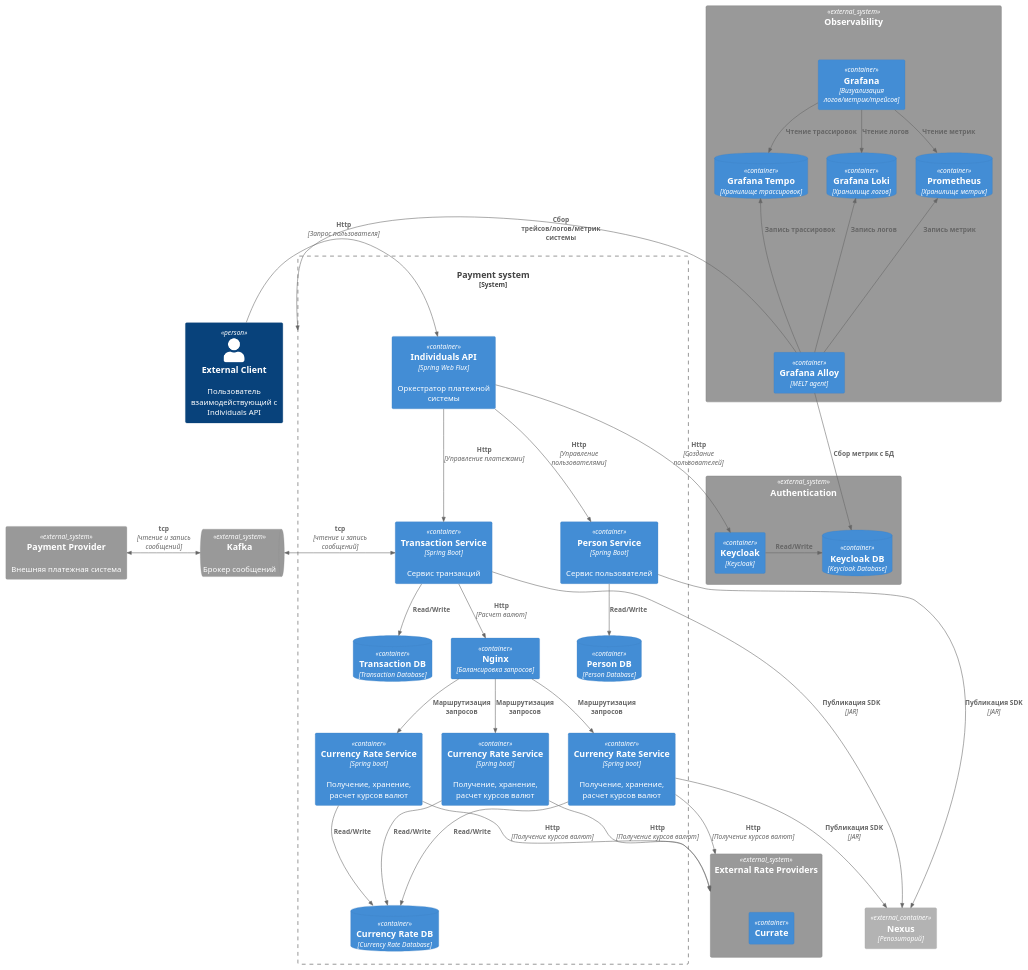
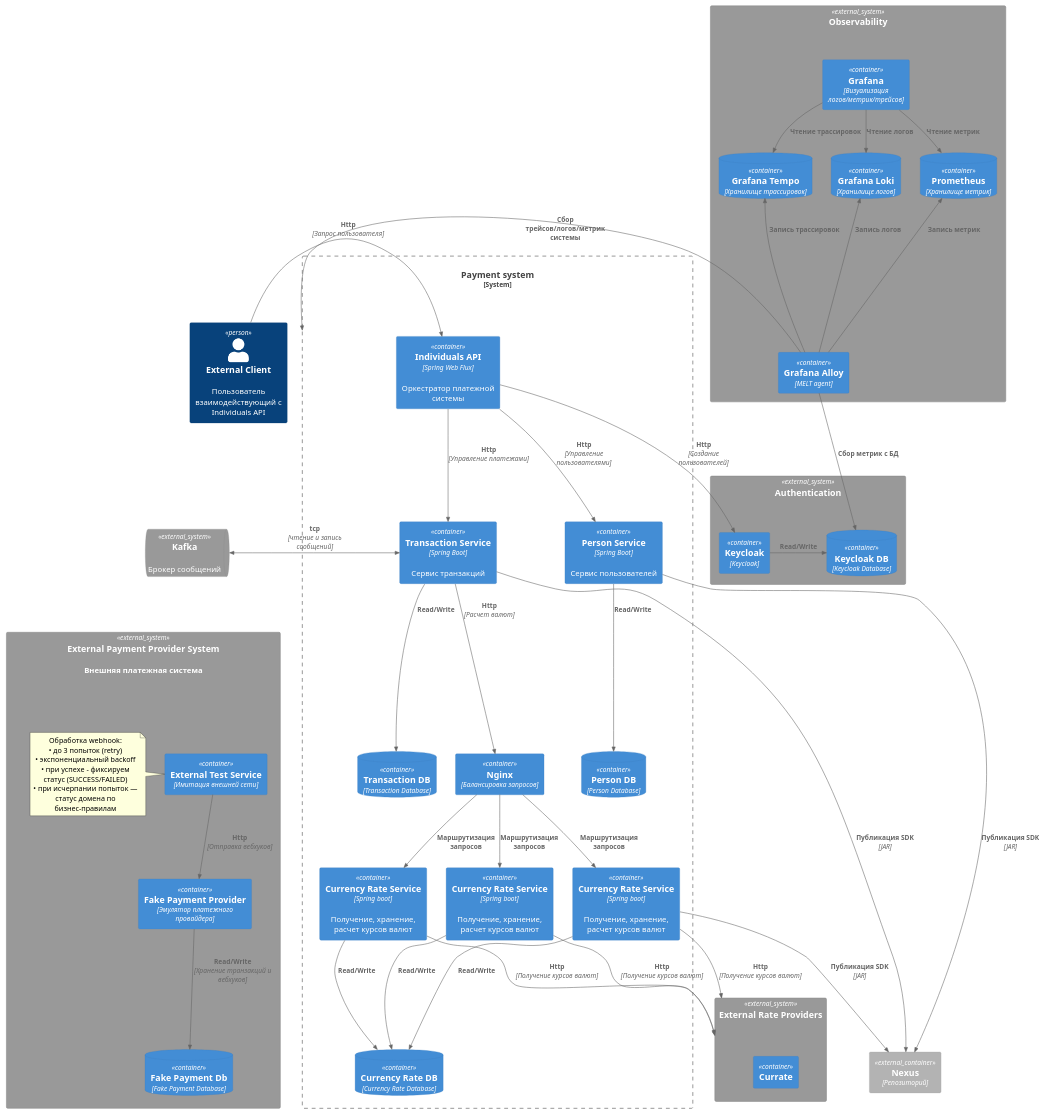
Before and after one commit to diamam90/payment-system: the diagram in diagram/container.puml, drawn with PlantUML. The commit also changed 79 other files, not shown here.

```diff
--- a/diagram/container.puml
+++ b/diagram/container.puml
@@ -1,85 +1,100 @@
 @startuml
 !includeurl https://raw.githubusercontent.com/plantuml-stdlib/C4-PlantUML/master/C4_Container.puml
 
 Person(client, "External Client","Пользователь взаимодействующий с Individuals API")
 
 System_Boundary(payment, "Payment system") {
 
     Container(indApi, "Individuals API", "Spring Web Flux","Оркестратор платежной системы")
 
     Container(ps, "Person Service", "Spring Boot", "Сервис пользователей")
     ContainerDb(psDb, "Person DB", "Person Database")
 
     Container(ts, "Transaction Service", "Spring Boot", "Сервис транзакций")
     ContainerDb(tsDb, "Transaction DB", "Transaction Database")
     Container(ngnx, "Nginx", "Балансировка запросов")
     Container(crs1, "Currency Rate Service", "Spring boot", "Получение, хранение, расчет курсов валют")
     Container(crs2, "Currency Rate Service", "Spring boot", "Получение, хранение, расчет курсов валют")
     Container(crs3, "Currency Rate Service", "Spring boot", "Получение, хранение, расчет курсов валют")
 
     ContainerDb(crsDb, "Currency Rate DB", "Currency Rate Database")
 }
 
 System_Ext(auth, "Authentication"){
     Container(kc, "Keycloak", "Keycloak")
     ContainerDb(kcDb, "Keycloak DB", "Keycloak Database")
 }
 
 System_Ext(obs, "Observability") {
     Container(alloy, "Grafana Alloy", "MELT agent")
     Container(grafana,  "Grafana", "Визуализация логов/метрик/трейсов")
     ContainerDb(prometheus, "Prometheus", "Хранилище метрик")
     ContainerDb(loki, "Grafana Loki", "Хранилище логов")
     ContainerDb(tempo, "Grafana Tempo","Хранилище трассировок")
 }
 
 System_Ext(rateProvider, "External Rate Providers") {
     Container(currate, "Currate")
 }
 
-System_Ext(paymentProvider, "Payment Provider", "Внешняя платежная система")
+System_Ext(extProviderSystem, "External Payment Provider System", "Внешняя платежная система") {
+    Container(fakePP, "Fake Payment Provider", "Эмулятор платежного провайдера")
+    Container(extNet, "External Test Service","Имитация внешней сети")
+    ContainerDb(fakePPDb, "Fake Payment Db", "Fake Payment Database")
+
+    note left of extNet
+      Обработка webhook:
+      • до 3 попыток (retry)
+      • экспоненциальный backoff
+      • при успехе - фиксируем статус (SUCCESS/FAILED)
+      • при исчерпании попыток — статус домена по бизнес-правилам
+    end note
+}
 
 Container_Ext(nexus,"Nexus","Репозиторий")
 
 SystemQueue_Ext(kafka, "Kafka", "Брокер сообщений")
+
+Lay_D(kafka, extProviderSystem)
 
 Rel_R(client, indApi,"Http","Запрос пользователя")
 
 Rel_D(indApi, ps,"Http", "Управление пользователями")
 Rel_D(ps,psDb, "Read/Write")
 Rel_D(ts,ngnx, "Http","Расчет валют")
 Rel_D(ngnx, crs1, "Маршрутизация запросов")
 Rel_D(ngnx, crs2, "Маршрутизация запросов")
 Rel_D(ngnx, crs3, "Маршрутизация запросов")
 Rel_D(crs1, crsDb, "Read/Write")
 Rel_D(crs2, crsDb, "Read/Write")
 Rel_D(crs3, crsDb, "Read/Write")
 Rel(crs1, rateProvider, "Http","Получение курсов валют")
 Rel(crs2, rateProvider, "Http","Получение курсов валют")
 Rel(crs3, rateProvider, "Http","Получение курсов валют")
 
 Rel_D(indApi,ts,"Http","Управление платежами")
 Rel_D(ts,tsDb, "Read/Write")
 
 Rel(indApi, kc, "Http","Создание пользователей")
 Rel_R(kc,kcDb,"Read/Write")
 
+Rel_D(extNet, fakePP, "Http", "Отправка вебхуков")
+Rel_D(fakePP, fakePPDb, "Read/Write","Хранение транзакций и вебхуков")
+
 BiRel_L(ts,kafka,"tcp","чтение и запись сообщений")
-BiRel_L(kafka,paymentProvider,"tcp", "чтение и запись сообщений")
 
 Rel_D(grafana, prometheus,"Чтение метрик")
 Rel_D(grafana, loki,"Чтение логов")
 Rel_D(grafana, tempo,"Чтение трассировок")
 
 Rel_U(alloy, prometheus, "Запись метрик")
 Rel_U(alloy, loki, "Запись логов")
 Rel_U(alloy, tempo, "Запись трассировок")
 
 Rel_L(alloy, payment,"Сбор трейсов/логов/метрик системы")
 Rel(alloy, kcDb, "Сбор метрик с БД")
 
 Rel(ps, nexus, "Публикация SDK","JAR")
 Rel(ts, nexus, "Публикация SDK","JAR")
 Rel(crs3, nexus, "Публикация SDK","JAR")
-
 @enduml
```
